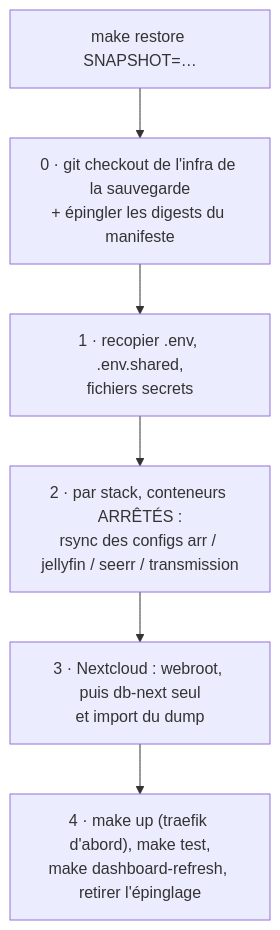
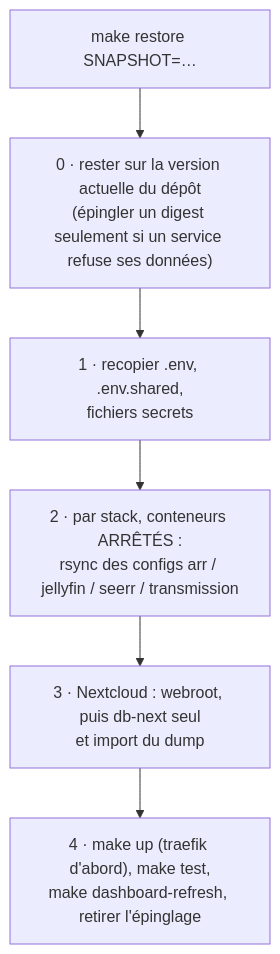
The second of 2 diagrams in docs/sauvegarde.md (nattyebola/home-server-services), drawn with Mermaid before and after one commit. The commit also changed other lines of this file and 12 other files, not shown here.

````diff
--- a/docs/sauvegarde.md
+++ b/docs/sauvegarde.md
@@ -64,8 +63,8 @@
 ```mermaid
 flowchart TD
-    R["make restore SNAPSHOT=…"] --> Z["0 · git checkout de l'infra de la sauvegarde<br>+ épingler les digests du manifeste"]
+    R["make restore SNAPSHOT=…"] --> Z["0 · rester sur la version actuelle du dépôt<br>(épingler un digest seulement si un service refuse ses données)"]
     Z --> A["1 · recopier .env, .env.shared,<br>fichiers secrets"]
     A --> B["2 · par stack, conteneurs ARRÊTÉS :<br>rsync des configs arr / jellyfin / seerr / transmission"]
     B --> C["3 · Nextcloud : webroot, puis db-next seul<br>et import du dump"]
     C --> D["4 · make up (traefik d'abord), make test,<br>make dashboard-refresh, retirer l'épinglage"]
 ```
````
